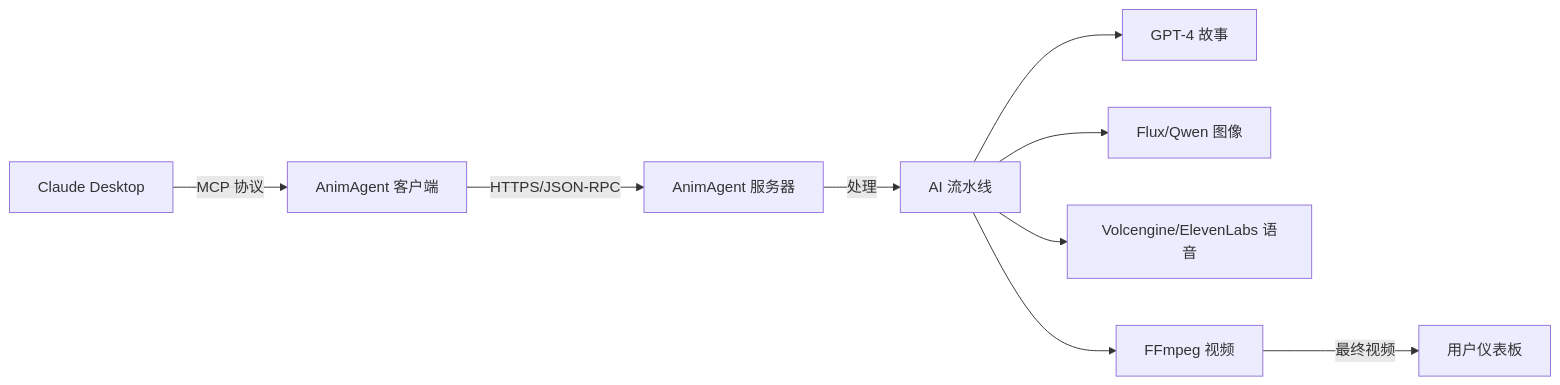
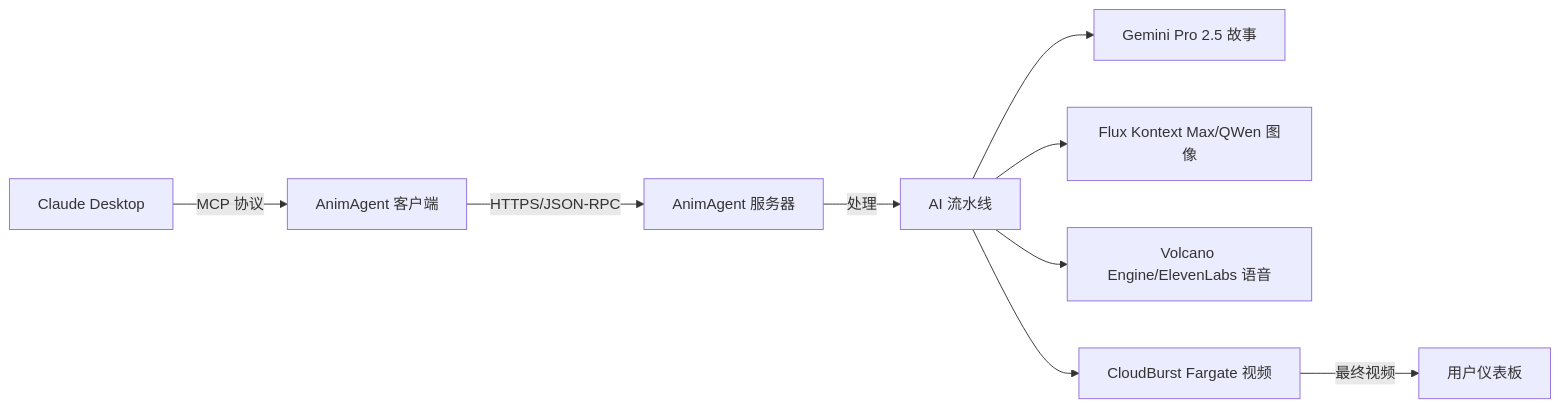
Before and after one commit to preangelleo/animagent-mcp-client: the diagram in README_CN.md, drawn with Mermaid. The commit also changed other lines of this file and 1 other file, not shown here.

````diff
--- a/README_CN.md
+++ b/README_CN.md
@@ -255,11 +264,11 @@
 ```mermaid
 graph LR
     A[Claude Desktop] -->|MCP 协议| B[AnimAgent 客户端]
     B -->|HTTPS/JSON-RPC| C[AnimAgent 服务器]
     C -->|处理| D[AI 流水线]
-    D --> E[GPT-4 故事]
-    D --> F[Flux/Qwen 图像]
-    D --> G[Volcengine/ElevenLabs 语音]
-    D --> H[FFmpeg 视频]
+    D --> E[Gemini Pro 2.5 故事]
+    D --> F[Flux Kontext Max/QWen 图像]
+    D --> G[Volcano Engine/ElevenLabs 语音]
+    D --> H[CloudBurst Fargate 视频]
     H -->|最终视频| I[用户仪表板]
 ```
````
